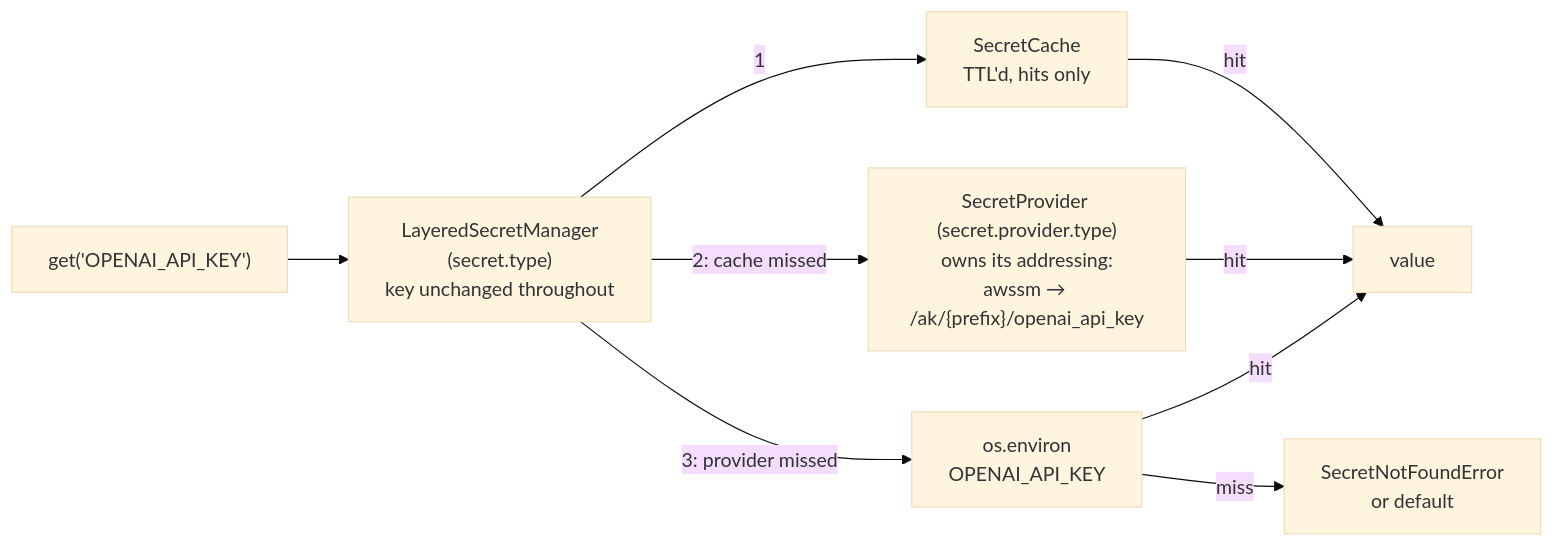
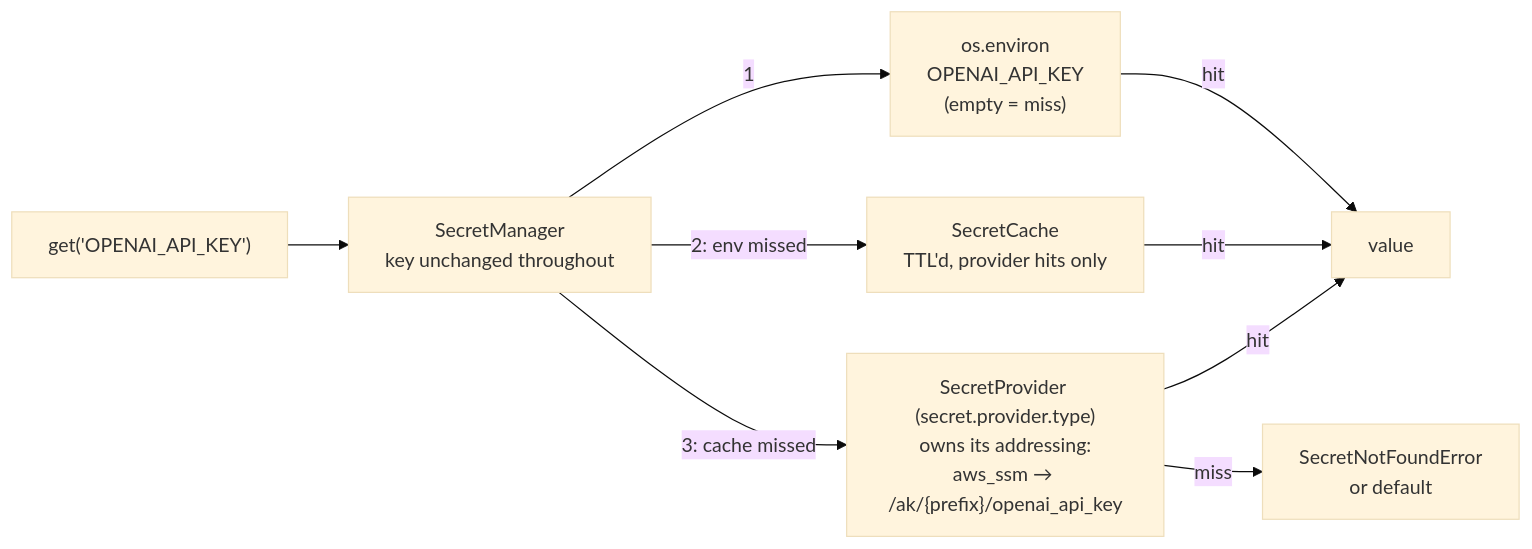
One commit to yaalalabs/agent-kernel changed the diagram in docs/specs/749-secret-resolution/design.md. Above: the diagram before and after it, drawn with Mermaid (base theme). The commit also changed other lines of this file and 2 other files, not shown here.

Commit message:
docs: update implementation plan for managed secret resolution with environment fallback

````diff
--- a/docs/specs/749-secret-resolution/design.md
+++ b/docs/specs/749-secret-resolution/design.md
@@ -40,11 +39,11 @@
 ```mermaid
 graph LR
-    C["get('OPENAI_API_KEY')"] --> M["LayeredSecretManager<br/>(secret.type)<br/>key unchanged throughout"]
-    M -->|"1"| CA[SecretCache<br/>TTL'd, hits only]
-    M -->|"2: cache missed"| P["SecretProvider (secret.provider.type)<br/>owns its addressing:<br/>awssm → /ak/{prefix}/openai_api_key"]
-    M -->|"3: provider missed"| E["os.environ<br/>OPENAI_API_KEY"]
-    CA -->|hit| V[value]
+    C["get('OPENAI_API_KEY')"] --> M["SecretManager<br/>key unchanged throughout"]
+    M -->|"1"| E["os.environ<br/>OPENAI_API_KEY<br/>(empty = miss)"]
+    M -->|"2: env missed"| CA[SecretCache<br/>TTL'd, provider hits only]
+    M -->|"3: cache missed"| P["SecretProvider (secret.provider.type)<br/>owns its addressing:<br/>aws_ssm → /ak/{prefix}/openai_api_key"]
+    E -->|hit| V[value]
+    CA -->|hit| V
     P -->|hit| V
-    E -->|hit| V
-    E -->|miss| X["SecretNotFoundError<br/>or default"]
+    P -->|miss| X["SecretNotFoundError<br/>or default"]
 ```
````
